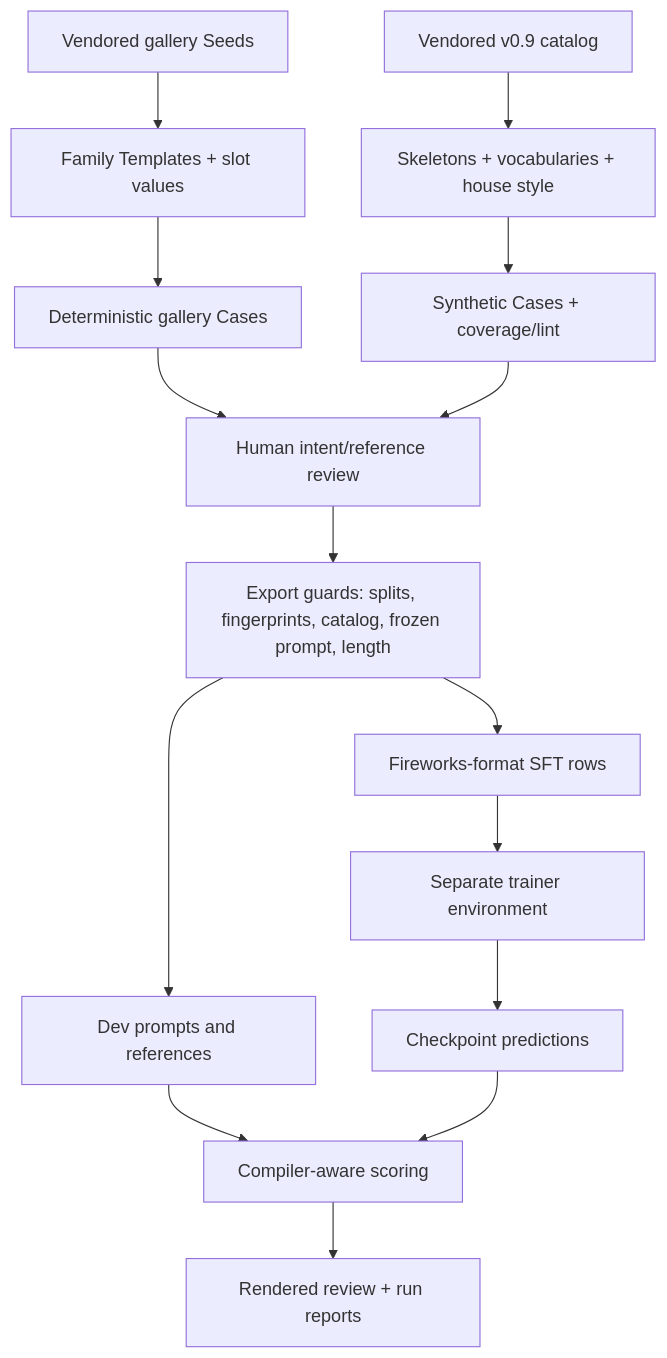
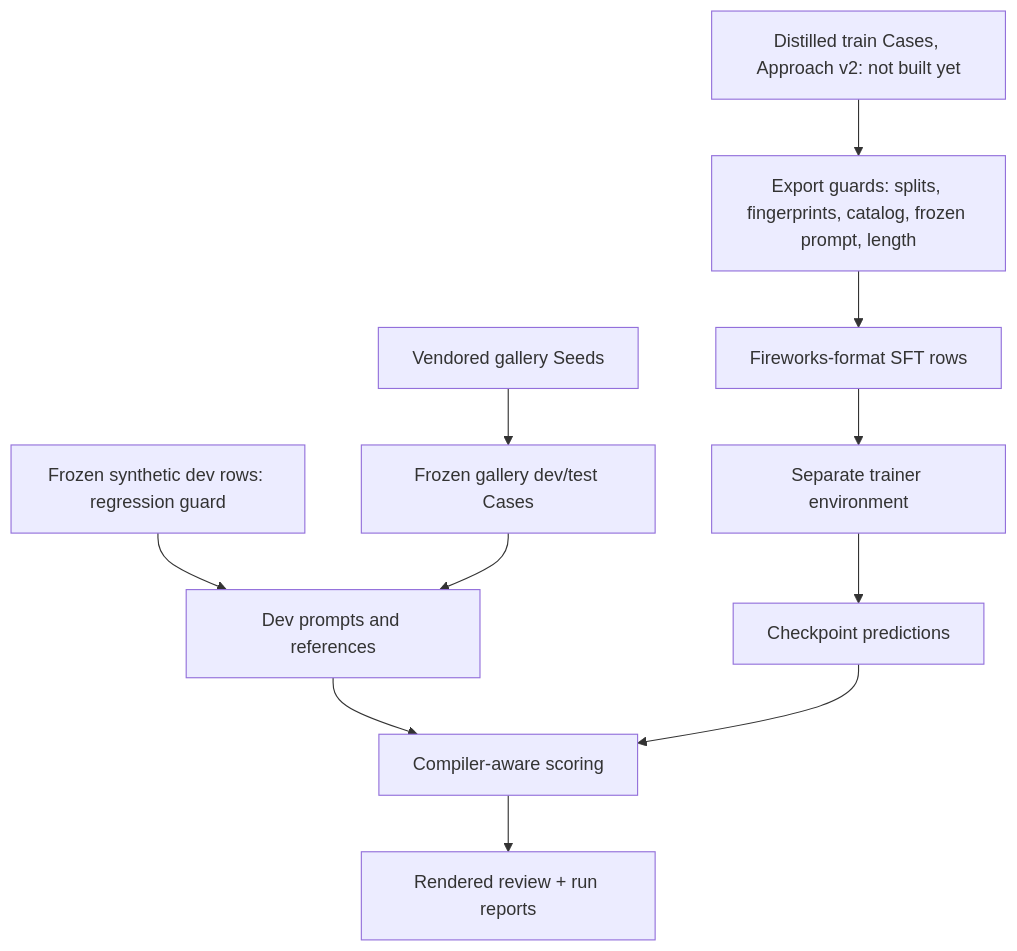
Before and after one commit to williamvoor/glassline: the diagram in glimmer-tune/README.md, drawn with Mermaid. The commit also changed other lines of this file and 33 other files, not shown here.

````diff
--- a/glimmer-tune/README.md
+++ b/glimmer-tune/README.md
@@ -21,17 +27,13 @@
 ```mermaid
 flowchart TD
-    S[Vendored gallery Seeds] --> T[Family Templates + slot values]
-    T --> G[Deterministic gallery Cases]
-    CAT[Vendored v0.9 catalog] --> SK[Skeletons + vocabularies + house style]
-    SK --> SYN[Synthetic Cases + coverage/lint]
-    G --> REVIEW[Human intent/reference review]
-    SYN --> REVIEW
-    REVIEW --> EX[Export guards: splits, fingerprints, catalog, frozen prompt, length]
+    S[Vendored gallery Seeds] --> DEV[Frozen gallery dev/test Cases]
+    SYN[Frozen synthetic dev rows: regression guard] --> DEVP
+    DEV --> DEVP[Dev prompts and references]
+    DIST[Distilled train Cases, Approach v2: not built yet] --> EX[Export guards: splits, fingerprints, catalog, frozen prompt, length]
     EX --> TRAIN[Fireworks-format SFT rows]
-    EX --> DEV[Dev prompts and references]
     TRAIN --> TR[Separate trainer environment]
     TR --> P[Checkpoint predictions]
-    DEV --> SCORE[Compiler-aware scoring]
+    DEVP --> SCORE[Compiler-aware scoring]
     P --> SCORE
     SCORE --> REV[Rendered review + run reports]
 ```
````
